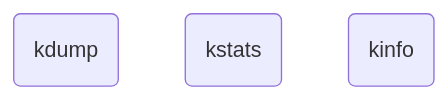
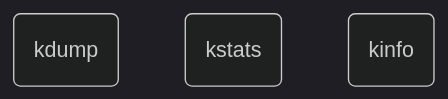
One commit to eaton-lab/kmerkit changed the second of 2 diagrams in docs/index.md. Above: the diagram before and after it, drawn with Mermaid. The commit also changed other lines of this file and 1 other file, not shown here.

Commit message:
color theme

````diff
--- a/docs/index.md
+++ b/docs/index.md
@@ -49,6 +50,7 @@
 ```mermaid
+%%{init: {'theme': 'dark', "flowchart" : { "curve" : "basis" } } }%%
 graph TB
    A(kdump)
    B(kstats)
    C(kinfo)
 ```
````
